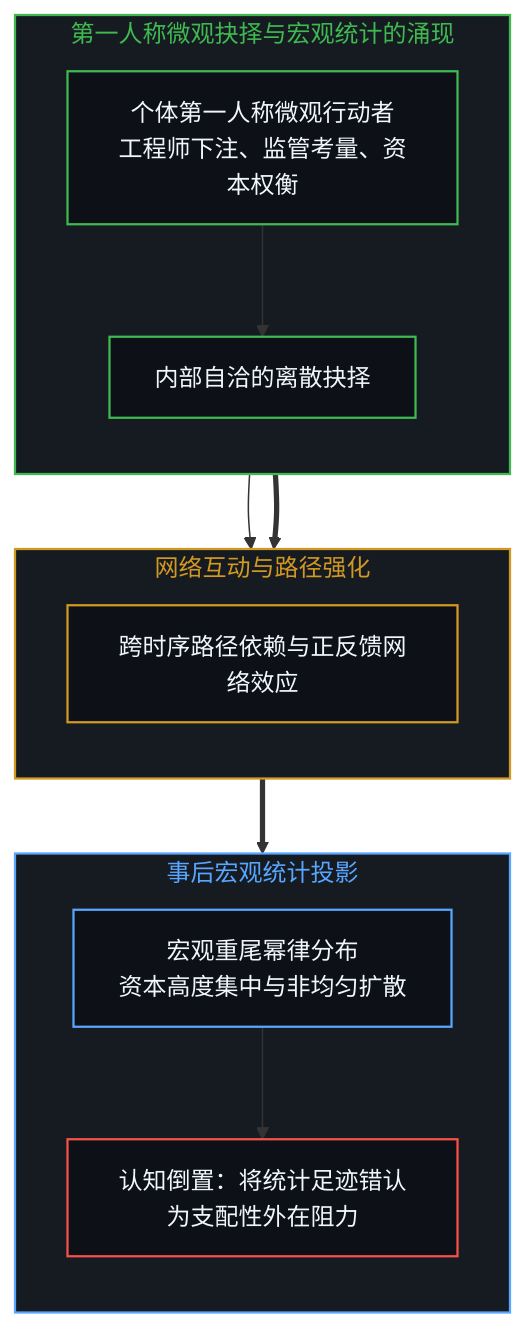
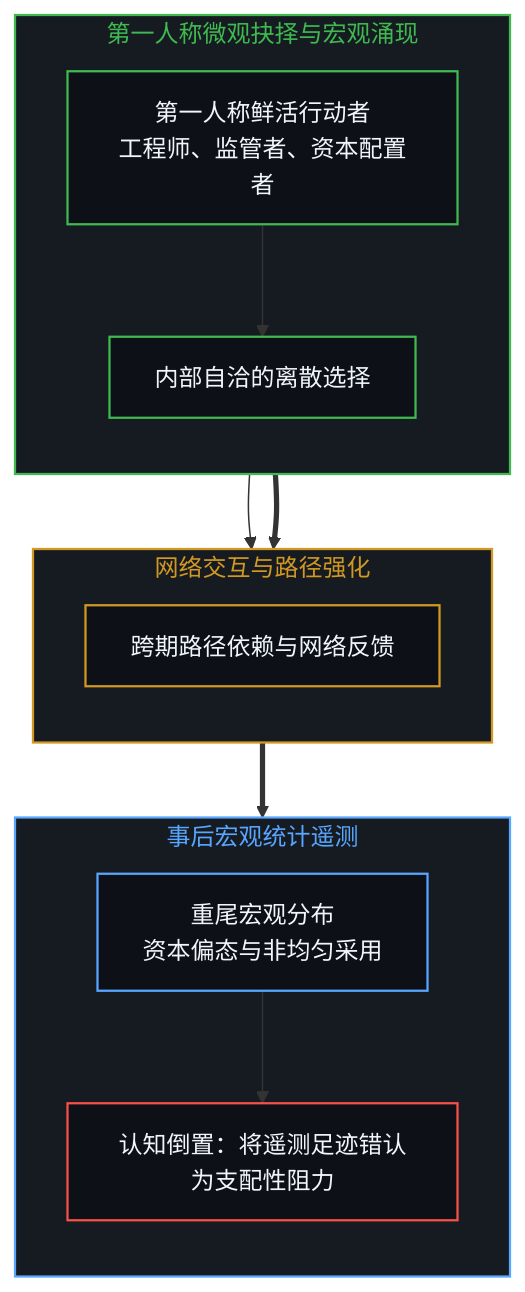
One commit to powerpig99/not-a-toe changed diagram 11 of 14 in content/posts/beyond-the-hundred-trillion-horizon.md. Above: the diagram before and after it, drawn with Mermaid. The commit also changed other lines of this file and 6 other files, not shown here.

````diff
--- a/content/posts/beyond-the-hundred-trillion-horizon.md
+++ b/content/posts/beyond-the-hundred-trillion-horizon.md
@@ -469,35 +419,30 @@
 ```mermaid
 flowchart TD
     classDef default fill:#0d1117,stroke:#30363d,stroke-width:1px,color:#f0f6fc;
     classDef mind fill:#0d1117,stroke:#3fb950,stroke-width:1.5px,color:#f0f6fc;
     classDef warn fill:#0d1117,stroke:#d29922,stroke-width:1.5px,color:#f0f6fc;
     classDef fail fill:#0d1117,stroke:#f85149,stroke-width:1.5px,color:#f0f6fc;
     classDef model fill:#0d1117,stroke:#58a6ff,stroke-width:1.5px,color:#f0f6fc;
-
-    subgraph S_CHOICE_ZH ["第一人称微观抉择与宏观统计的涌现"]
+    subgraph S_CHOICE_ZH ["第一人称微观抉择与宏观涌现"]
         direction TB
-        MIND["个体第一人称微观行动者<br/>工程师下注、监管考量、资本权衡"]:::mind
-        ACT["内部自洽的离散抉择"]:::mind
+        MIND["第一人称鲜活行动者<br/>工程师、监管者、资本配置者"]:::mind
+        ACT["内部自洽的离散选择"]:::mind
         MIND --> ACT
     end
-
-    subgraph S_CASCADE_ZH ["网络互动与路径强化"]
+    subgraph S_CASCADE_ZH ["网络交互与路径强化"]
         direction TB
-        CORR["跨时序路径依赖与正反馈网络效应"]:::warn
+        CORR["跨期路径依赖与网络反馈"]:::warn
         ACT --> CORR
     end
-
-    subgraph S_MACRO_ZH ["事后宏观统计投影"]
+    subgraph S_MACRO_ZH ["事后宏观统计遥测"]
         direction TB
-        STAT["宏观重尾幂律分布<br/>资本高度集中与非均匀扩散"]:::model
-        ILLUSION["认知倒置：将统计足迹错认为支配性外在阻力"]:::fail
+        STAT["重尾宏观分布<br/>资本偏态与非均匀采用"]:::model
+        ILLUSION["认知倒置：将遥测足迹错认为支配性阻力"]:::fail
         STAT --> ILLUSION
     end
-
     S_CHOICE_ZH ==> S_CASCADE_ZH
     S_CASCADE_ZH ==> S_MACRO_ZH
-
     style S_CHOICE_ZH fill:#161b22,stroke:#3fb950,stroke-width:1.5px,color:#3fb950
     style S_CASCADE_ZH fill:#161b22,stroke:#d29922,stroke-width:1.5px,color:#d29922
     style S_MACRO_ZH fill:#161b22,stroke:#58a6ff,stroke-width:1.5px,color:#58a6ff
 ```
````
